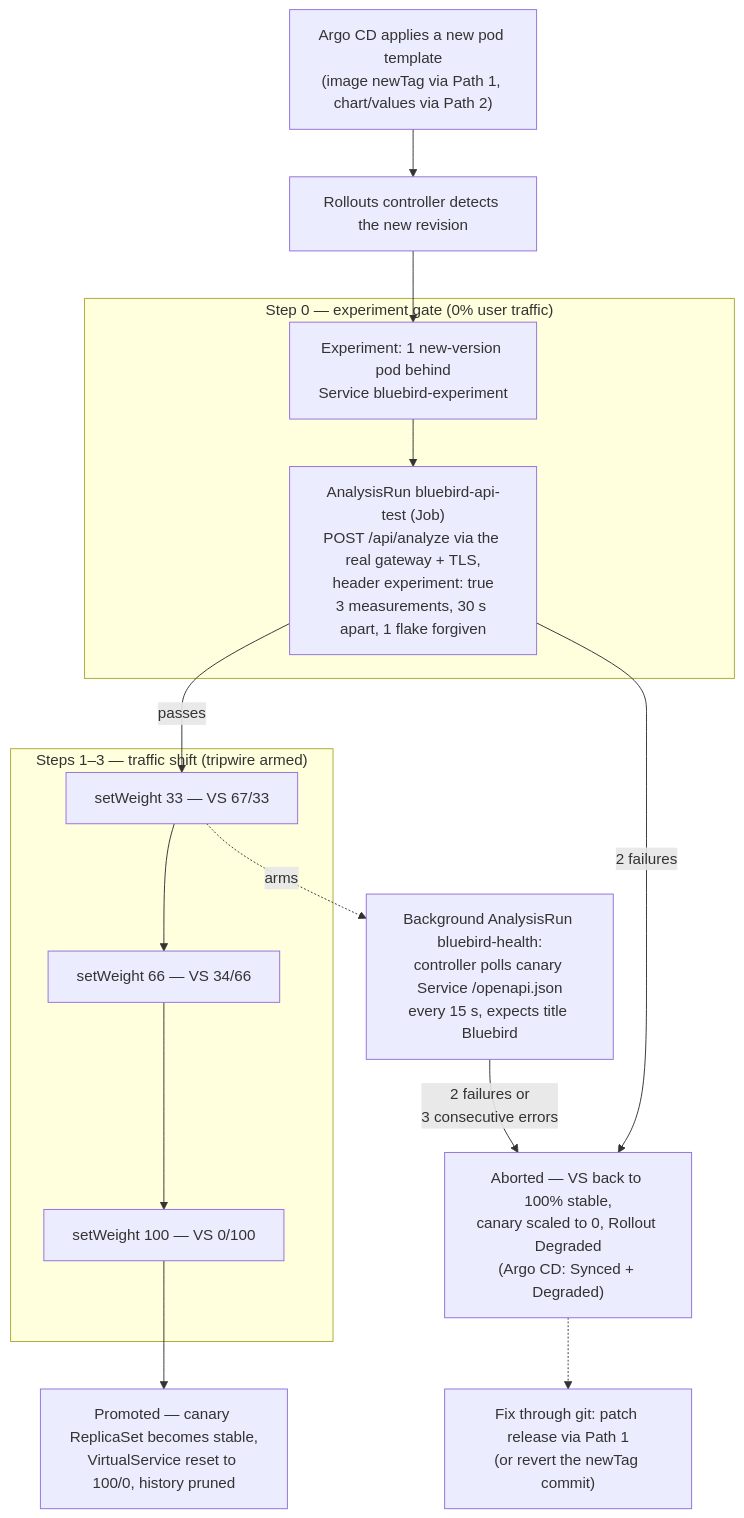
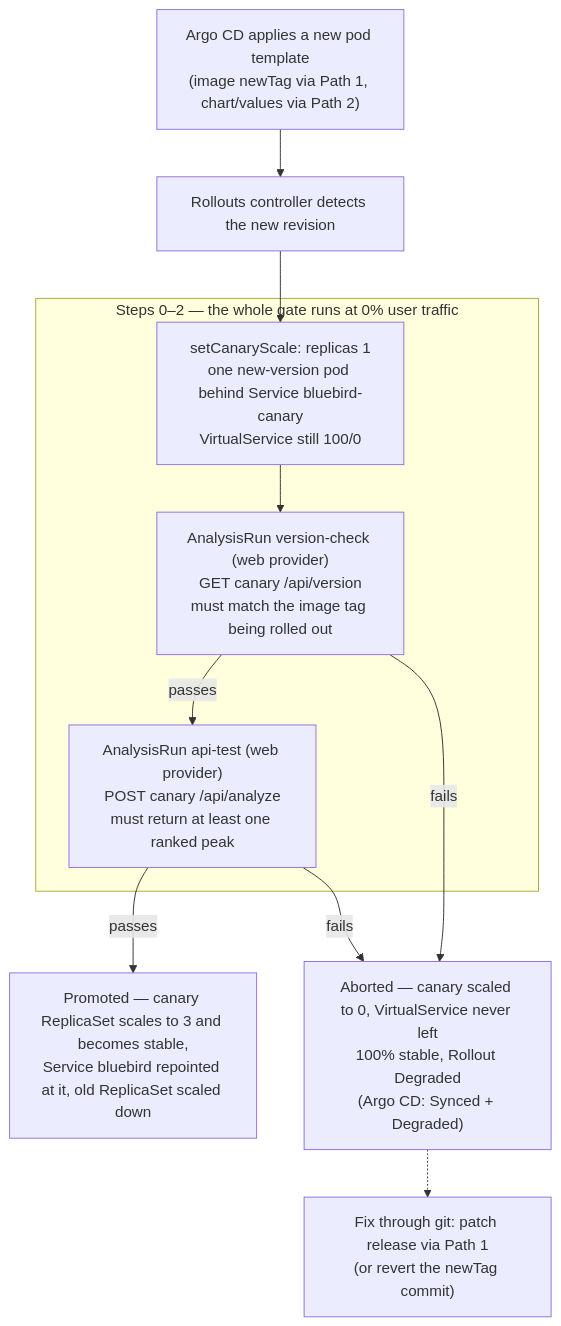
Before and after one commit to zimmertr/bluebird: the third of 6 diagrams in docs/CICD.md, drawn with Mermaid. The commit also changed other lines of this file, not shown here.

````diff
--- a/docs/CICD.md
+++ b/docs/CICD.md
@@ -358,30 +364,22 @@
 ```mermaid
 flowchart TD
     apply["Argo CD applies a new pod template<br/>(image newTag via Path 1, chart/values via Path 2)"]
     detect["Rollouts controller detects the new revision"]
 
-    subgraph GATE["Step 0 — experiment gate (0% user traffic)"]
-        exp["Experiment: 1 new-version pod behind<br/>Service bluebird-experiment"]
-        gate["AnalysisRun bluebird-api-test (Job)<br/>POST /api/analyze via the real gateway + TLS,<br/>header experiment: true<br/>3 measurements, 30 s apart, 1 flake forgiven"]
+    subgraph GATE["Steps 0–2 — the whole gate runs at 0% user traffic"]
+        scale["setCanaryScale: replicas 1<br/>one new-version pod behind Service bluebird-canary<br/>VirtualService still 100/0"]
+        vc["AnalysisRun version-check (web provider)<br/>GET canary /api/version<br/>must match the image tag being rolled out"]
+        at["AnalysisRun api-test (web provider)<br/>POST canary /api/analyze<br/>must return at least one ranked peak"]
     end
 
-    subgraph SHIFT["Steps 1–3 — traffic shift (tripwire armed)"]
-        w33["setWeight 33 — VS 67/33"]
-        w66["setWeight 66 — VS 34/66"]
-        w100["setWeight 100 — VS 0/100"]
-    end
-
-    trip["Background AnalysisRun bluebird-health:<br/>controller polls canary Service /openapi.json<br/>every 15 s, expects title Bluebird"]
-
-    done["Promoted — canary ReplicaSet becomes stable,<br/>VirtualService reset to 100/0, history pruned"]
-    abort["Aborted — VS back to 100% stable,<br/>canary scaled to 0, Rollout Degraded<br/>(Argo CD: Synced + Degraded)"]
+    done["Promoted — canary ReplicaSet scales to 3 and becomes stable,<br/>Service bluebird repointed at it, old ReplicaSet scaled down"]
+    abort["Aborted — canary scaled to 0, VirtualService never left<br/>100% stable, Rollout Degraded<br/>(Argo CD: Synced + Degraded)"]
     fix["Fix through git: patch release via Path 1<br/>(or revert the newTag commit)"]
 
-    apply --> detect --> exp --> gate
-    gate -->|"passes"| w33
-    w33 --> w66 --> w100 --> done
-    w33 -.->|"arms"| trip
-    gate -->|"2 failures"| abort
-    trip -->|"2 failures or<br/>3 consecutive errors"| abort
+    apply --> detect --> scale --> vc
+    vc -->|"passes"| at
+    at -->|"passes"| done
+    vc -->|"fails"| abort
+    at -->|"fails"| abort
     abort -.-> fix
 ```
````
